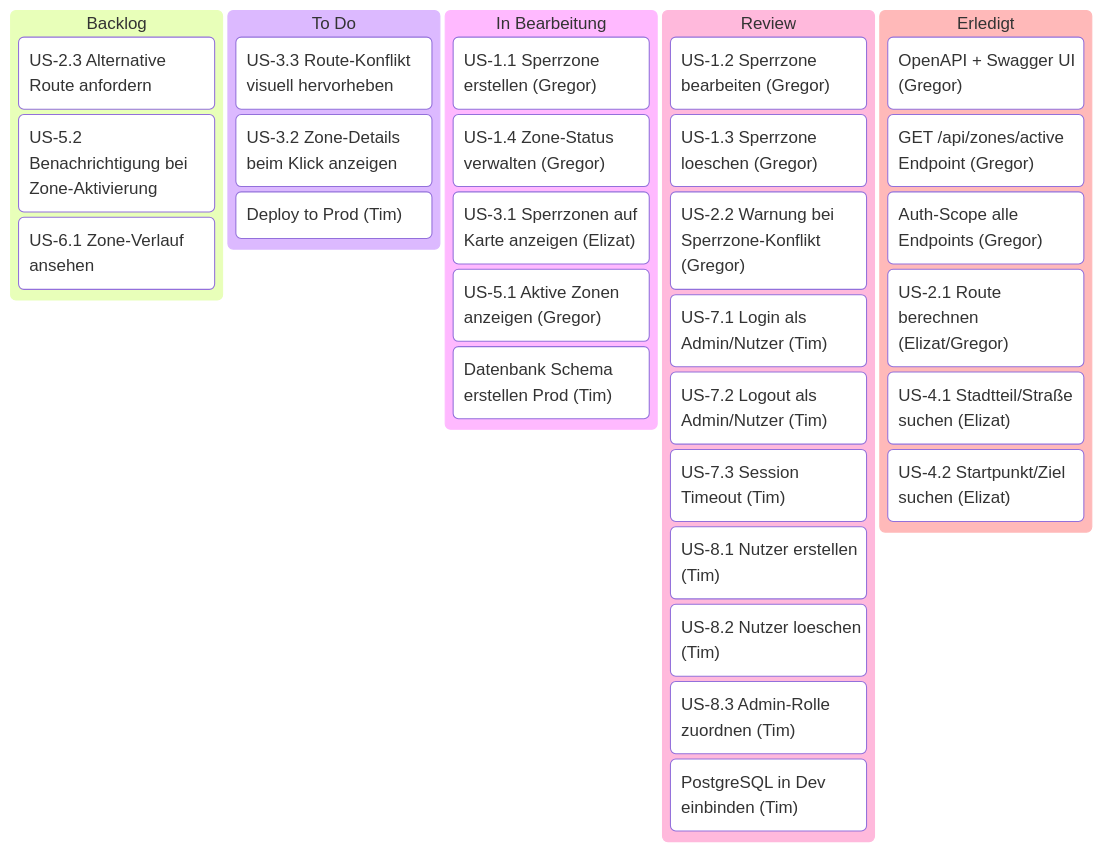
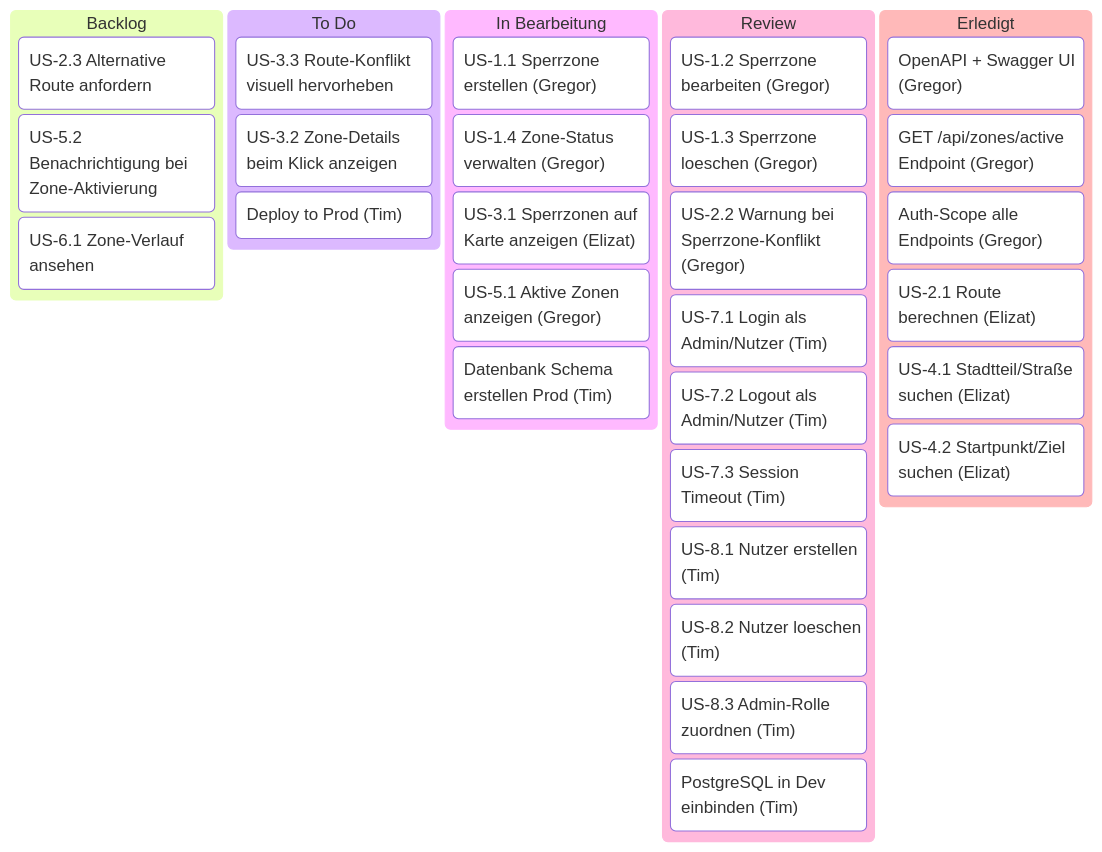
Before and after one commit to g8rdier/urban-flow-governance: the diagram in docs/project/PLAN.md, drawn with Mermaid.

Commit message:
docs: remove Gregor from US-2.1 attribution

````diff
--- a/docs/project/PLAN.md
+++ b/docs/project/PLAN.md
@@ -15,44 +15,44 @@
 ```mermaid
 ---
 config:
   kanban:
     ticketBaseUrl: ''
 ---
 kanban
   Backlog
     b1[US-2.3 Alternative Route anfordern]
     b3[US-5.2 Benachrichtigung bei Zone-Aktivierung]
     b4[US-6.1 Zone-Verlauf ansehen]
 
   ToDo[To Do]
     t2[US-3.3 Route-Konflikt visuell hervorheben]
     t3[US-3.2 Zone-Details beim Klick anzeigen]
     t8["Deploy to Prod (Tim)"]
 
   InProgress[In Bearbeitung]
     p1["US-1.1 Sperrzone erstellen (Gregor)"]
     p2["US-1.4 Zone-Status verwalten (Gregor)"]
     p3["US-3.1 Sperrzonen auf Karte anzeigen (Elizat)"]
     p4["US-5.1 Aktive Zonen anzeigen (Gregor)"]
     t7["Datenbank Schema erstellen Prod (Tim)"]
 
   Review
     r1["US-1.2 Sperrzone bearbeiten (Gregor)"]
     r2["US-1.3 Sperrzone loeschen (Gregor)"]
     r3["US-2.2 Warnung bei Sperrzone-Konflikt (Gregor)"]
     r4["US-7.1 Login als Admin/Nutzer (Tim)"]
     r5["US-7.2 Logout als Admin/Nutzer (Tim)"]
     r6["US-7.3 Session Timeout (Tim)"]
     r7["US-8.1 Nutzer erstellen (Tim)"]
     r8["US-8.2 Nutzer loeschen (Tim)"]
     r9["US-8.3 Admin-Rolle zuordnen (Tim)"]
     p5["PostgreSQL in Dev einbinden (Tim)"]
 
   Erledigt
     d1["OpenAPI + Swagger UI (Gregor)"]
     d2["GET /api/zones/active Endpoint (Gregor)"]
     d3["Auth-Scope alle Endpoints (Gregor)"]
-    d4["US-2.1 Route berechnen (Elizat/Gregor)"]
+    d4["US-2.1 Route berechnen (Elizat)"]
     d5["US-4.1 Stadtteil/Straße suchen (Elizat)"]
     d6["US-4.2 Startpunkt/Ziel suchen (Elizat)"]
 ```
````
